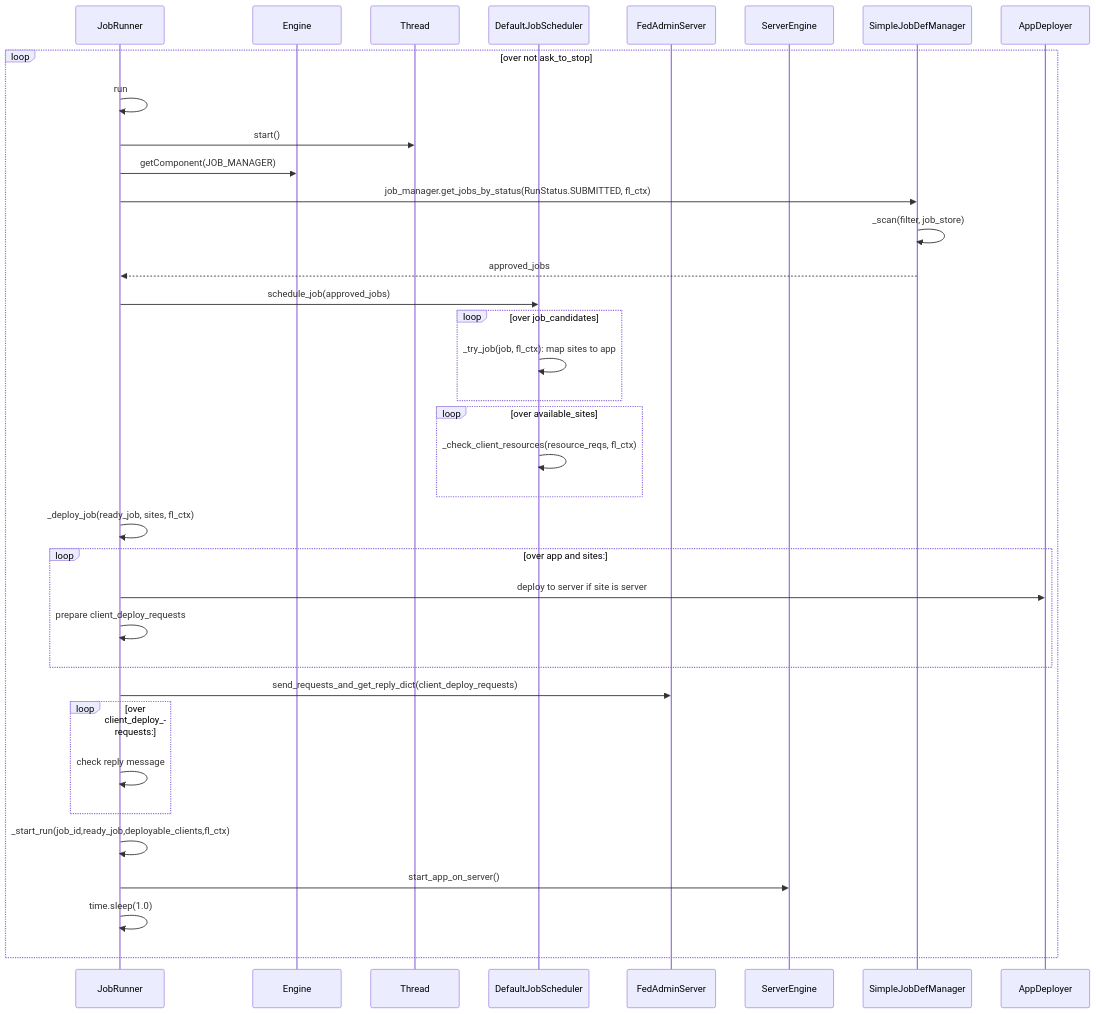
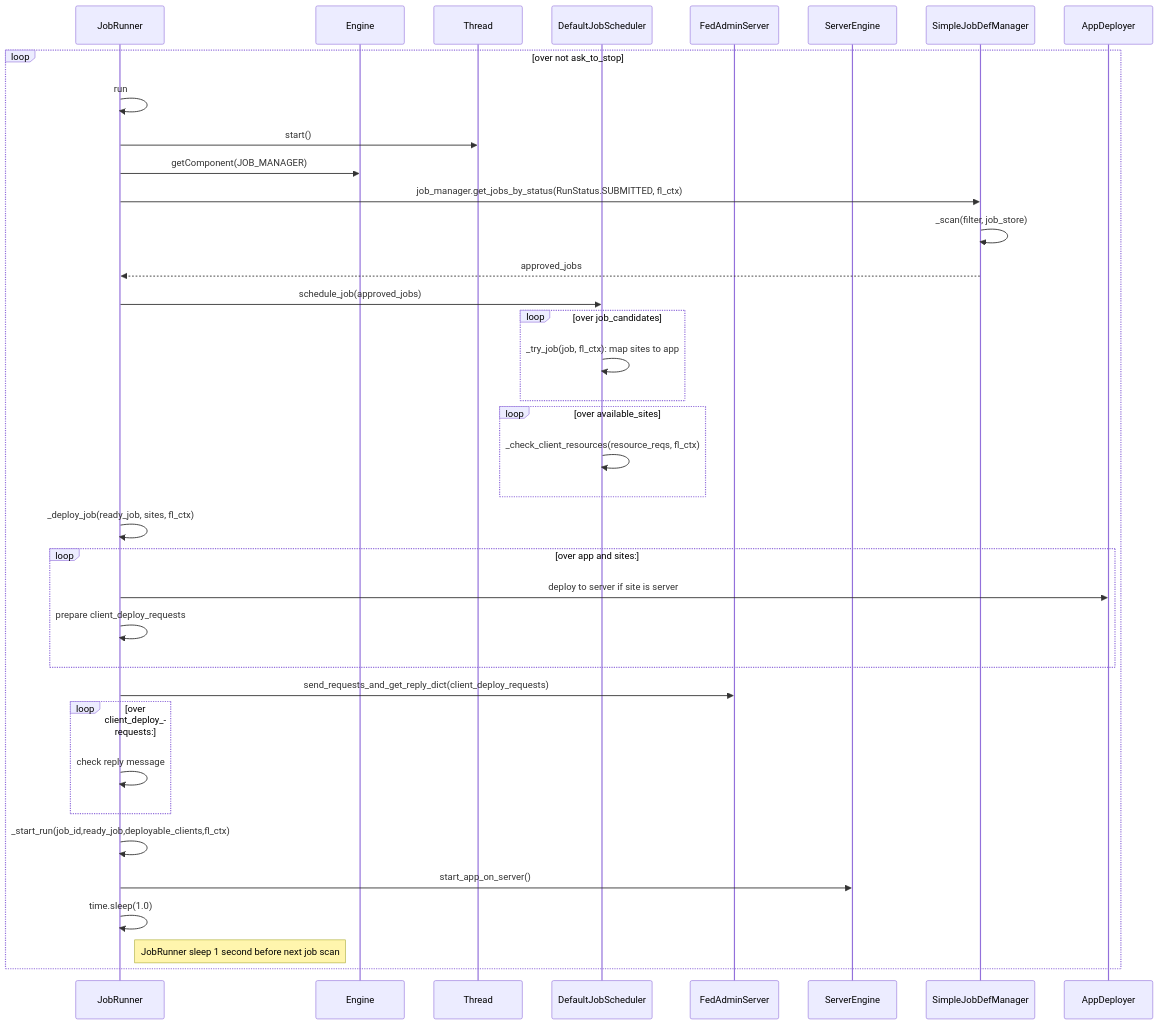
The eighth of 15 diagrams in docs/system_state_and_flow/system_workflow.md (hitesh-ag1/NVFlare), drawn with Mermaid before and after one commit.

Commit message:
Complete the job process sequence diagram

````diff
--- a/docs/system_state_and_flow/system_workflow.md
+++ b/docs/system_state_and_flow/system_workflow.md
@@ -223,42 +223,43 @@
 ```mermaid
 sequenceDiagram
     participant JobRunner
     participant Engine
     participant Thread
     participant DefaultJobScheduler
     participant FedAdminServer
     participant ServerEngine
     
     loop over not ask_to_stop
         JobRunner ->> JobRunner : run
         JobRunner ->> Thread : start()
         JobRunner ->> Engine : getComponent(JOB_MANAGER)
         JobRunner ->> SimpleJobDefManager: job_manager.get_jobs_by_status(RunStatus.SUBMITTED, fl_ctx)
         SimpleJobDefManager ->> SimpleJobDefManager: _scan(filter, job_store)
         SimpleJobDefManager -->> JobRunner: approved_jobs
         JobRunner ->> DefaultJobScheduler: schedule_job(approved_jobs)
         loop over job_candidates
             DefaultJobScheduler ->> DefaultJobScheduler: _try_job(job, fl_ctx): map sites to app; 
         end
         loop over available_sites
             DefaultJobScheduler ->> DefaultJobScheduler: _check_client_resources(resource_reqs, fl_ctx)
         end 
         
         JobRunner ->> JobRunner: _deploy_job(ready_job, sites, fl_ctx)
         loop over app and sites: 
             JobRunner ->> AppDeployer: deploy to server if site is server 
             JobRunner ->> JobRunner: prepare client_deploy_requests
         end
         JobRunner ->> FedAdminServer: send_requests_and_get_reply_dict(client_deploy_requests)
 
         loop over client_deploy_requests: 
             JobRunner ->> JobRunner : check reply message
         end
         
         JobRunner ->> JobRunner: _start_run(job_id,ready_job,deployable_clients,fl_ctx)
         JobRunner ->> ServerEngine : start_app_on_server()
         JobRunner ->> JobRunner:  time.sleep(1.0)
+        note right of JobRunner: JobRunner sleep 1 second before next job scan 
     end
     
     
 ```
````
